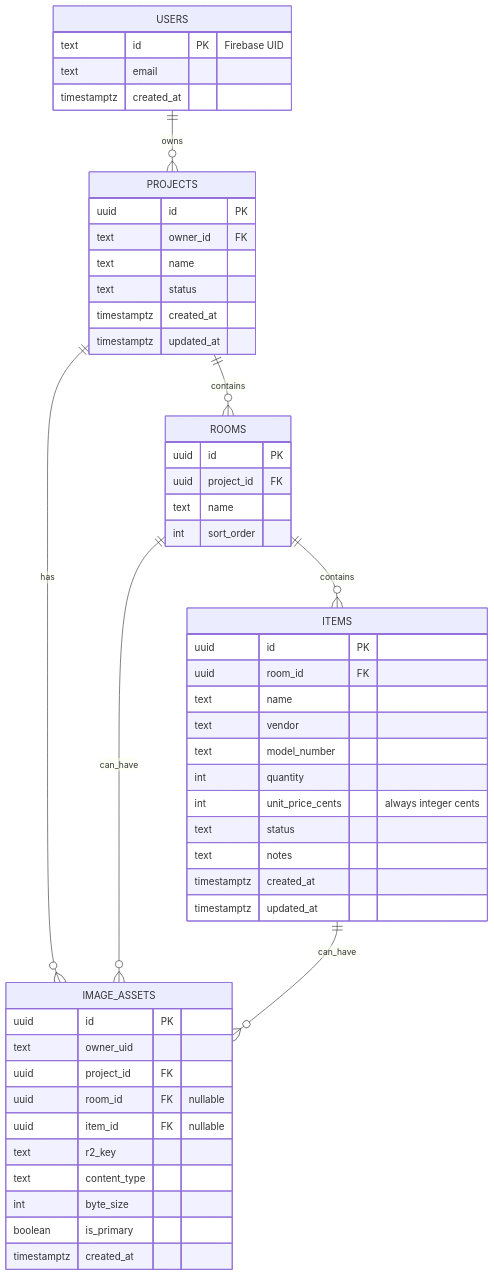
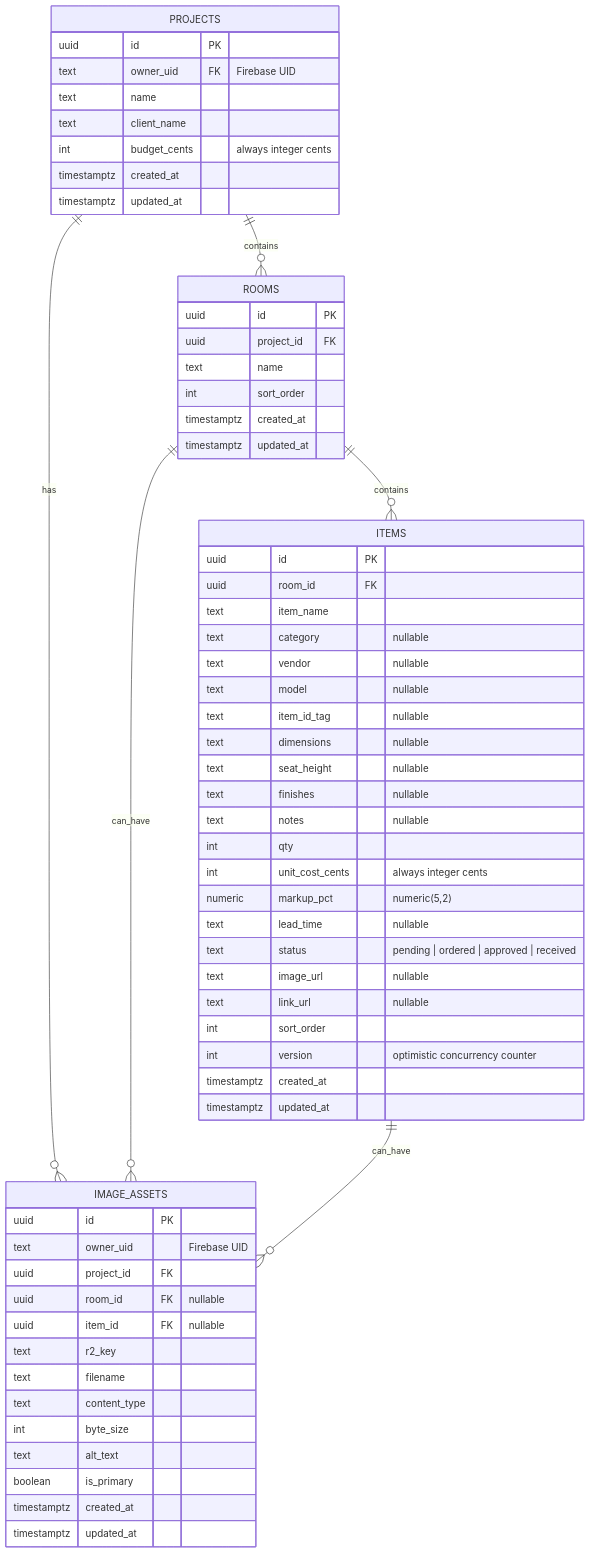
Before and after one commit to cweber12/ff-e-builder: the fourth of 4 diagrams in docs/architecture.md, drawn with Mermaid. The commit also changed other lines of this file and 20 other files, not shown here.

````diff
--- a/docs/architecture.md
+++ b/docs/architecture.md
@@ -101,58 +96,68 @@
 ```mermaid
 erDiagram
-  USERS {
-    text id PK "Firebase UID"
-    text email
-    timestamptz created_at
-  }
-
   PROJECTS {
     uuid id PK
-    text owner_id FK
+    text owner_uid FK "Firebase UID"
     text name
-    text status
+    text client_name
+    int budget_cents "always integer cents"
     timestamptz created_at
     timestamptz updated_at
   }
 
   ROOMS {
     uuid id PK
     uuid project_id FK
     text name
     int sort_order
+    timestamptz created_at
+    timestamptz updated_at
   }
 
   ITEMS {
     uuid id PK
     uuid room_id FK
-    text name
-    text vendor
-    text model_number
-    int quantity
-    int unit_price_cents "always integer cents"
-    text status
-    text notes
+    text item_name
+    text category "nullable"
+    text vendor "nullable"
+    text model "nullable"
+    text item_id_tag "nullable"
+    text dimensions "nullable"
+    text seat_height "nullable"
+    text finishes "nullable"
+    text notes "nullable"
+    int qty
+    int unit_cost_cents "always integer cents"
+    numeric markup_pct "numeric(5,2)"
+    text lead_time "nullable"
+    text status "pending | ordered | approved | received"
+    text image_url "nullable"
+    text link_url "nullable"
+    int sort_order
+    int version "optimistic concurrency counter"
     timestamptz created_at
     timestamptz updated_at
   }
 
   IMAGE_ASSETS {
     uuid id PK
-    text owner_uid
+    text owner_uid "Firebase UID"
     uuid project_id FK
     uuid room_id FK "nullable"
     uuid item_id FK "nullable"
     text r2_key
+    text filename
     text content_type
     int byte_size
+    text alt_text
     boolean is_primary
     timestamptz created_at
+    timestamptz updated_at
   }
 
-  USERS ||--o{ PROJECTS : owns
   PROJECTS ||--o{ ROOMS : contains
   ROOMS ||--o{ ITEMS : contains
   PROJECTS ||--o{ IMAGE_ASSETS : has
   ROOMS ||--o{ IMAGE_ASSETS : can_have
   ITEMS ||--o{ IMAGE_ASSETS : can_have
 ```
````
